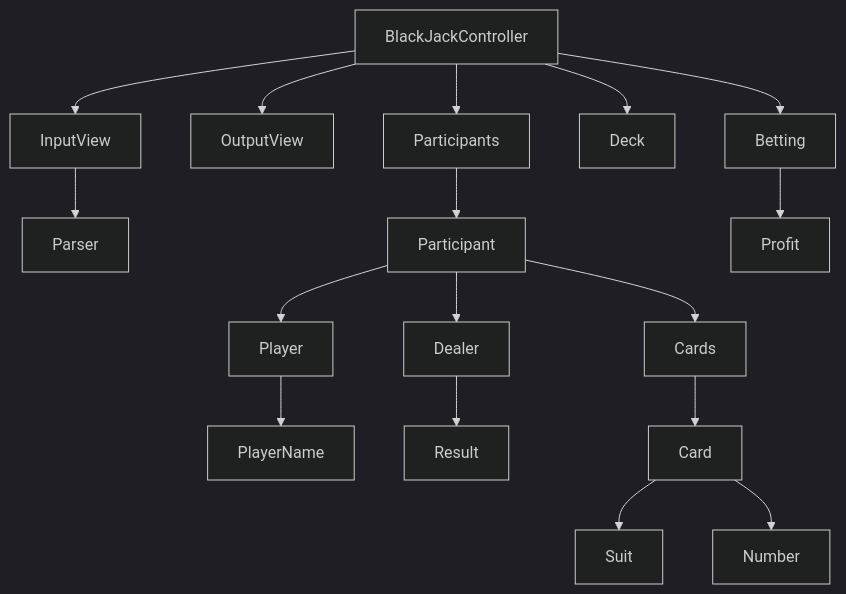
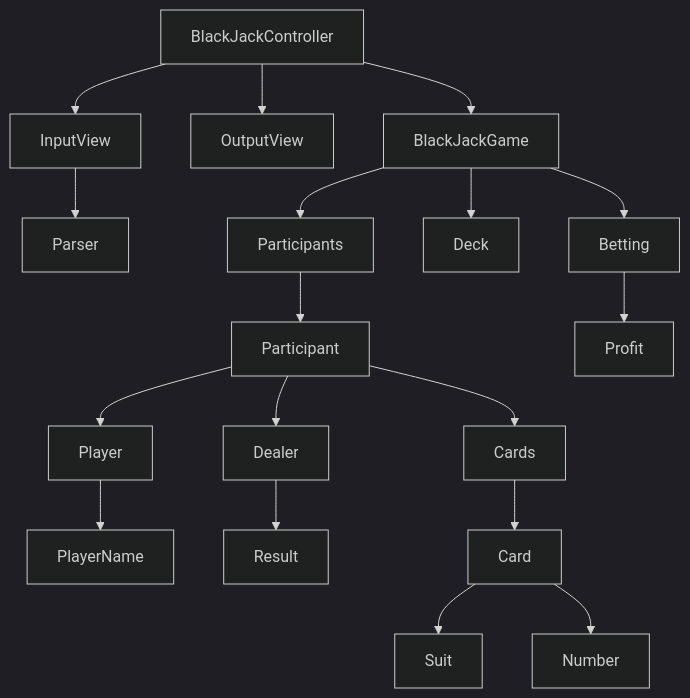
One commit to woowacourse/java-blackjack changed the diagram in README.md. Above: the diagram before and after it, drawn with Mermaid (dark theme). The commit also changed other lines of this file and 4 other files, not shown here.

````diff
--- a/README.md
+++ b/README.md
@@ -41,19 +41,20 @@
 ```mermaid
 graph TD
     BlackJackController --> InputView
     BlackJackController --> OutputView
-    BlackJackController --> Participants
-    BlackJackController --> Deck
-    BlackJackController --> Betting
+    BlackJackController --> BlackJackGame
     InputView --> Parser
+    BlackJackGame --> Participants
+    BlackJackGame --> Deck
+    BlackJackGame --> Betting
     Participants --> Participant
     Betting --> Profit
     Participant --> Player
     Participant --> Dealer
     Participant --> Cards
     Player --> PlayerName
     Dealer --> Result
     Cards --> Card
     Card --> Suit
     Card --> Number
 ```
````
